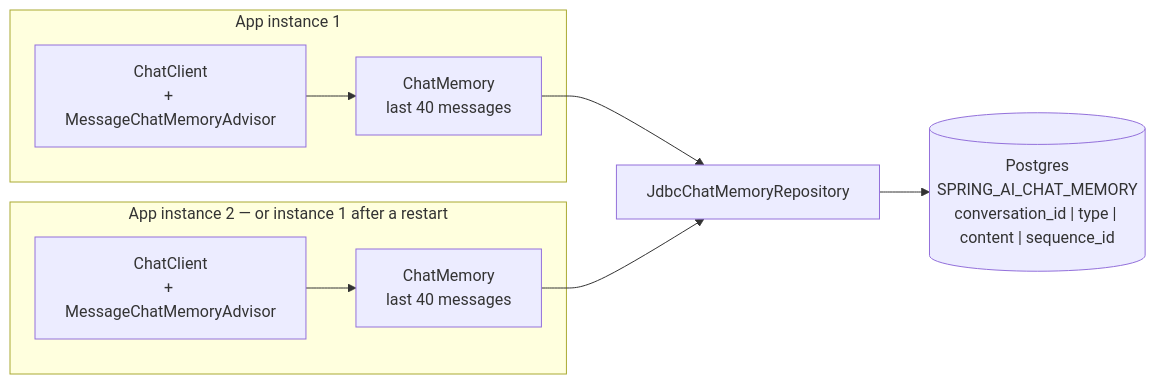
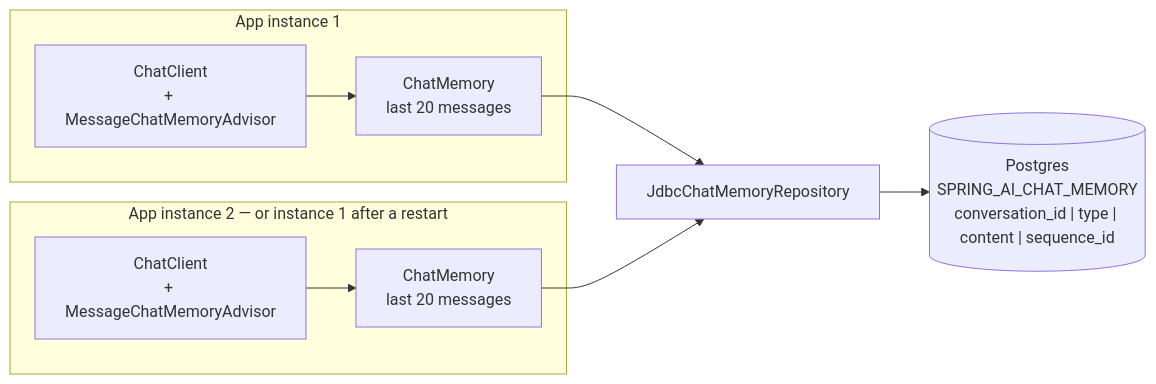
The fifth of 10 diagrams in chat-memory/README.md (dilipsundarraj1/spring-ai), drawn with Mermaid before and after one commit. The commit also changed other lines of this file and 3 other files, not shown here.

Commit message:
update chat memory configuration; change default max messages to 20, enhance README with customization details and clarify eviction logic

````diff
--- a/chat-memory/README.md
+++ b/chat-memory/README.md
@@ -563,13 +568,13 @@
 ```mermaid
 flowchart LR
     subgraph I1["App instance 1"]
-        A1["ChatClient<br/>+ MessageChatMemoryAdvisor"] --> M1["ChatMemory<br/>last 40 messages"]
+        A1["ChatClient<br/>+ MessageChatMemoryAdvisor"] --> M1["ChatMemory<br/>last 20 messages"]
     end
     subgraph I2["App instance 2 — or instance 1 after a restart"]
-        A2["ChatClient<br/>+ MessageChatMemoryAdvisor"] --> M2["ChatMemory<br/>last 40 messages"]
+        A2["ChatClient<br/>+ MessageChatMemoryAdvisor"] --> M2["ChatMemory<br/>last 20 messages"]
     end
 
     M1 --> R["JdbcChatMemoryRepository"]
     M2 --> R
     R --> T[("Postgres<br/>SPRING_AI_CHAT_MEMORY<br/>conversation_id | type | content | sequence_id")]
 ```
````
